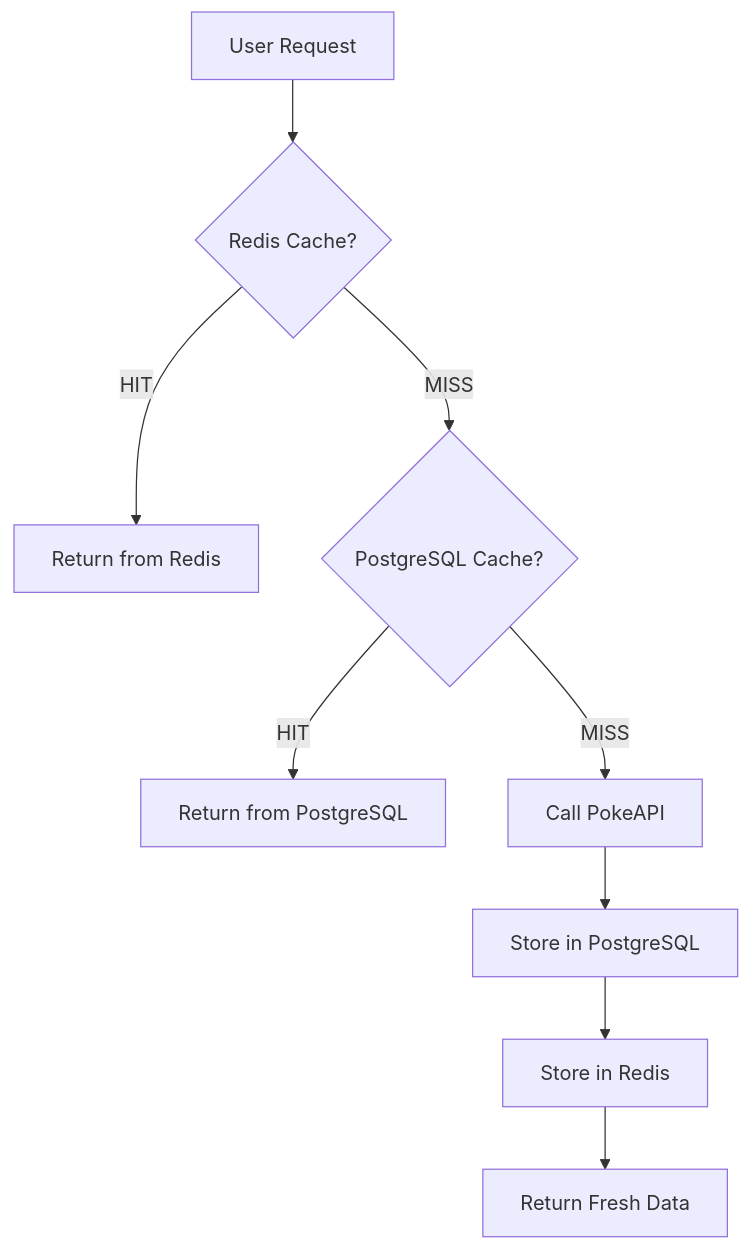
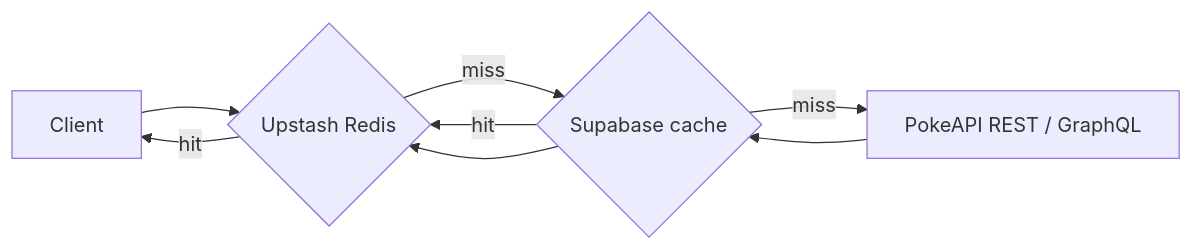
The second of 2 diagrams in README.md (Drivakos/react-pokedex), drawn with Mermaid before and after one commit. The commit also changed other lines of this file, not shown here.

````diff
--- a/README.md
+++ b/README.md
@@ -57,11 +63,10 @@
 ```mermaid
-graph TB
-    A[User Request] --> B{Redis Cache?}
-    B -->|HIT| C[Return from Redis]
-    B -->|MISS| D{PostgreSQL Cache?}
-    D -->|HIT| E[Return from PostgreSQL]
-    D -->|MISS| F[Call PokeAPI]
-    F --> G[Store in PostgreSQL]
-    G --> H[Store in Redis]
-    H --> I[Return Fresh Data]
+flowchart LR
+    Client --> Redis{Upstash Redis}
+    Redis -->|hit| Client
+    Redis -->|miss| Postgres{Supabase cache}
+    Postgres -->|hit| Redis
+    Postgres -->|miss| PokeAPI[PokeAPI REST / GraphQL]
+    PokeAPI --> Postgres
+    Postgres --> Redis
 ```
````
